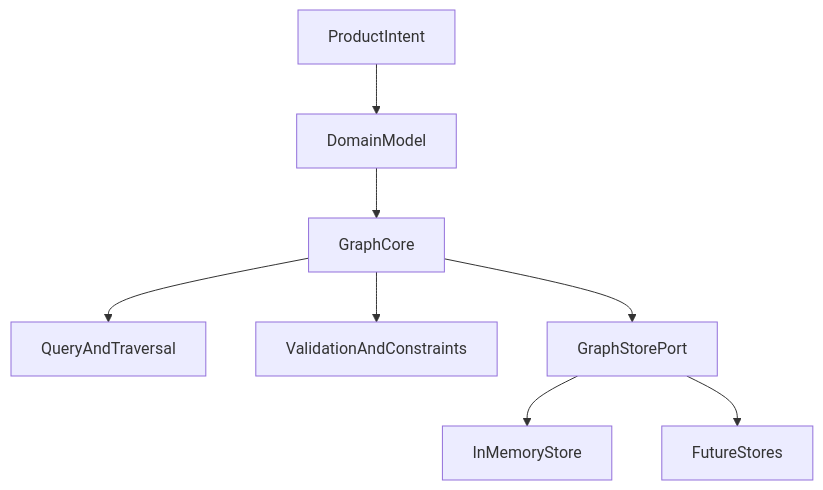
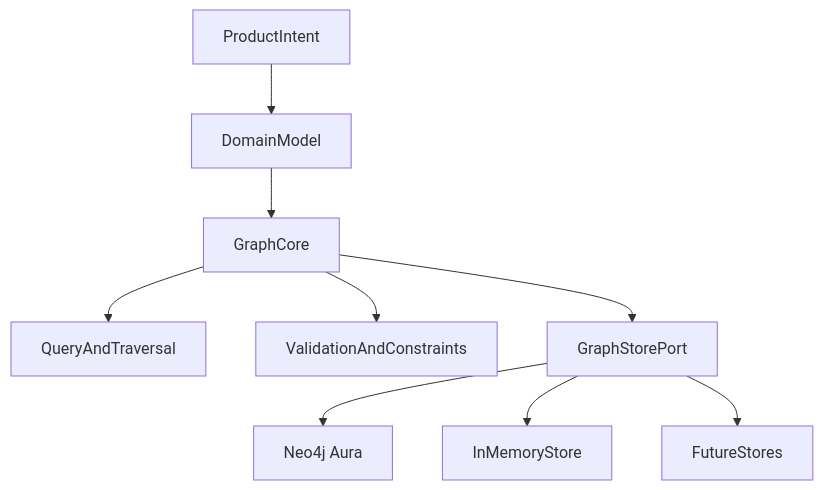
Before and after one commit to Studio13-NYC/GrooveGraph: the diagram in docs/ARCHITECTURE.md, drawn with Mermaid. The commit also changed other lines of this file and 28 other files, not shown here.

First line of the commit message:
feat: migrate to Neo4j Aura as graph store, drop static export

````diff
--- a/docs/ARCHITECTURE.md
+++ b/docs/ARCHITECTURE.md
@@ -34,10 +34,11 @@
 ```mermaid
 flowchart TD
   productIntent[ProductIntent] --> domainModel[DomainModel]
   domainModel --> graphCore[GraphCore]
   graphCore --> queryEngine[QueryAndTraversal]
   graphCore --> validationLayer[ValidationAndConstraints]
   graphCore --> storePort[GraphStorePort]
+  storePort --> neo4jStore[Neo4j Aura]
   storePort --> inMemoryStore[InMemoryStore]
   storePort --> futureStores[FutureStores]
 ```
````
